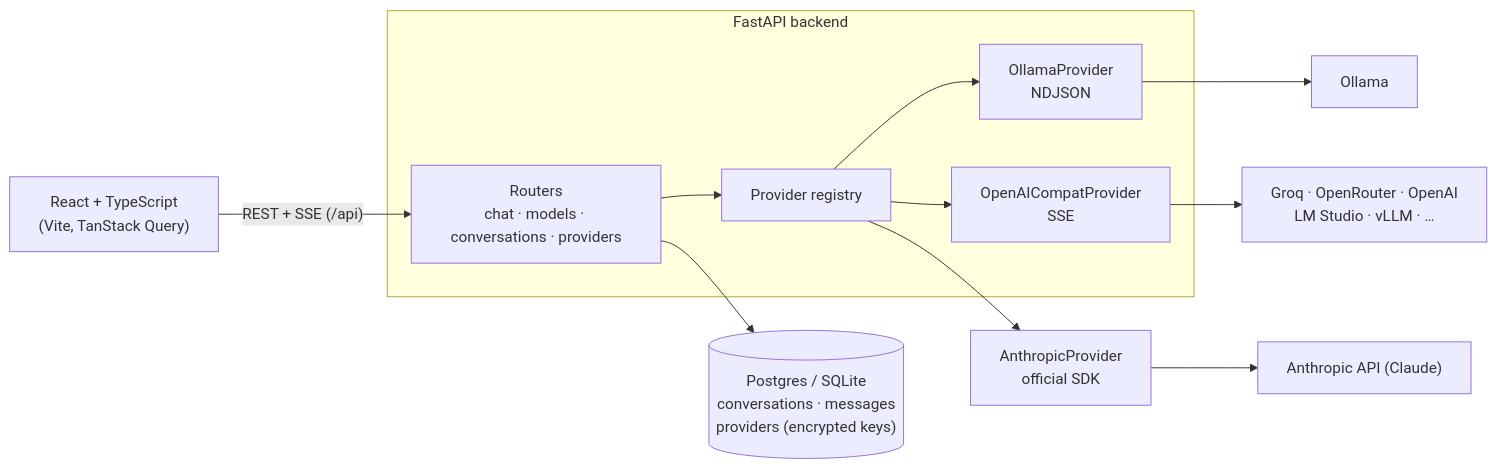
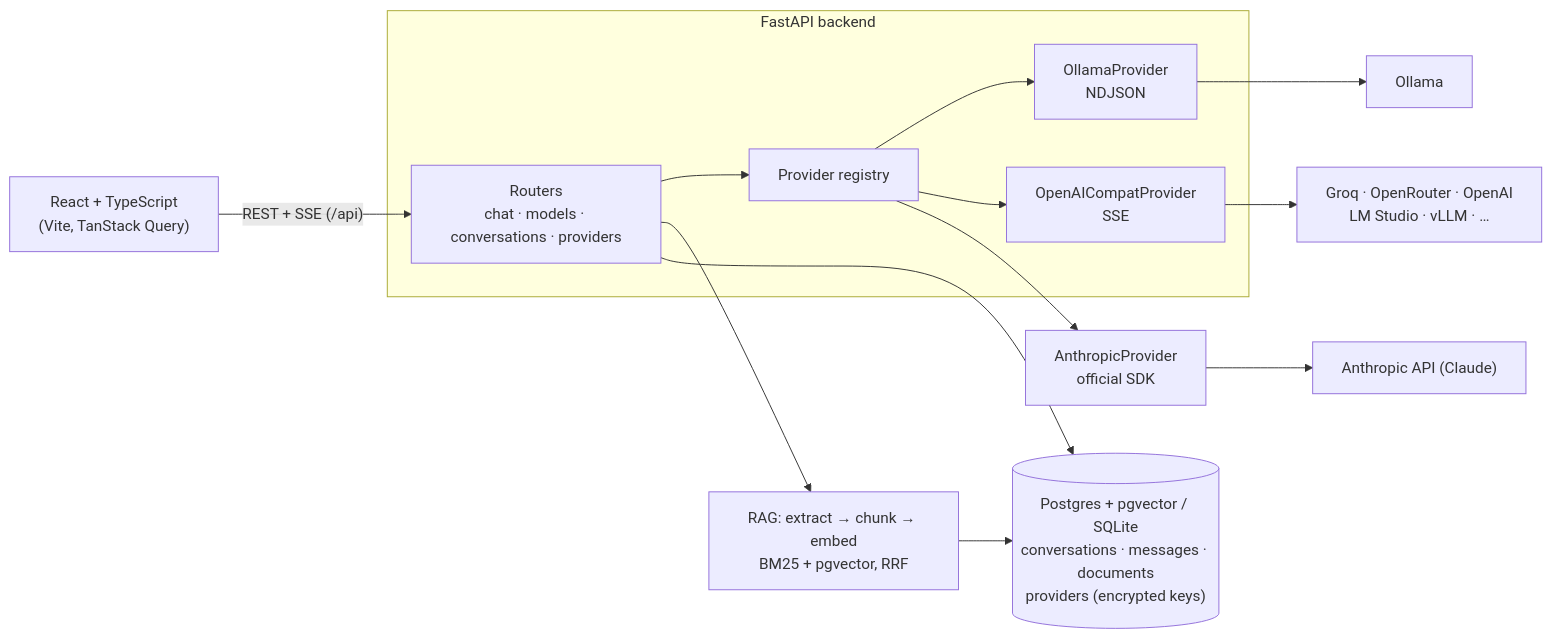
Before and after one commit to KartikSGulkotwar/webui-replica: the diagram in README.md, drawn with Mermaid. The commit also changed other lines of this file and 47 other files, not shown here.

````diff
--- a/README.md
+++ b/README.md
@@ -34,20 +36,23 @@
 ```mermaid
 flowchart LR
     UI["React + TypeScript<br/>(Vite, TanStack Query)"]
     subgraph API["FastAPI backend"]
         R["Routers<br/>chat · models · conversations · providers"]
         REG["Provider registry"]
         OL["OllamaProvider<br/>NDJSON"]
         OA["OpenAICompatProvider<br/>SSE"]
         R --> REG
         REG --> OL
         REG --> OA
     end
-    DB[("Postgres / SQLite<br/>conversations · messages<br/>providers (encrypted keys)")]
+    RAG["RAG: extract → chunk → embed<br/>BM25 + pgvector, RRF"]
+    R --> RAG
+    RAG --> DB
+    DB[("Postgres + pgvector / SQLite<br/>conversations · messages · documents<br/>providers (encrypted keys)")]
     UI -- "REST + SSE (/api)" --> R
     R --> DB
     REG --> AN["AnthropicProvider<br/>official SDK"]
     OL --> O["Ollama"]
     AN --> C["Anthropic API (Claude)"]
     OA --> G["Groq · OpenRouter · OpenAI<br/>LM Studio · vLLM · …"]
 ```
````
